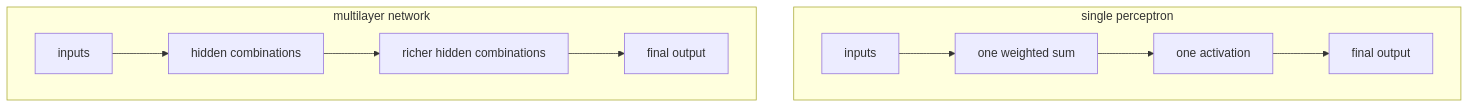
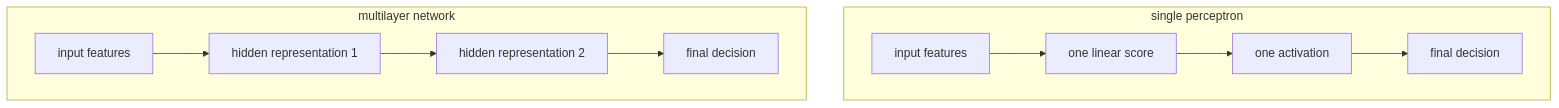
Before and after one commit to devchan64/AiBook: the second of 2 diagrams in docs/parts/part-04/chapter-02/section-01.md, drawn with Mermaid. The commit also changed other lines of this file and 9 other files, not shown here.

````diff
--- a/docs/parts/part-04/chapter-02/section-01.md
+++ b/docs/parts/part-04/chapter-02/section-01.md
@@ -139,18 +139,18 @@
 ```mermaid
 flowchart TB
   subgraph S["single perceptron"]
-    S1["inputs"]
-    S2["one weighted sum"]
+    S1["input features"]
+    S2["one linear score"]
     S3["one activation"]
-    S4["final output"]
+    S4["final decision"]
     S1 --> S2 --> S3 --> S4
   end
 
   subgraph M["multilayer network"]
-    M1["inputs"]
-    M2["hidden combinations"]
-    M3["richer hidden combinations"]
-    M4["final output"]
+    M1["input features"]
+    M2["hidden representation 1"]
+    M3["hidden representation 2"]
+    M4["final decision"]
     M1 --> M2 --> M3 --> M4
   end
 ```
````
